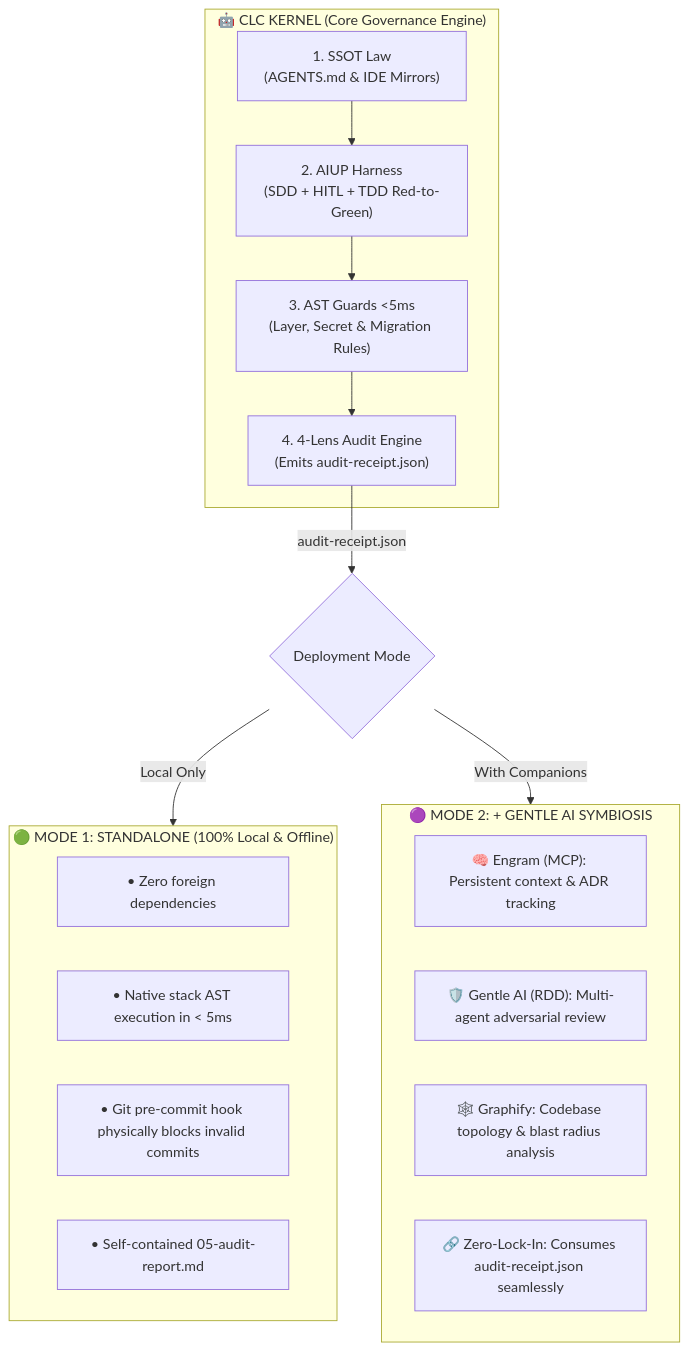
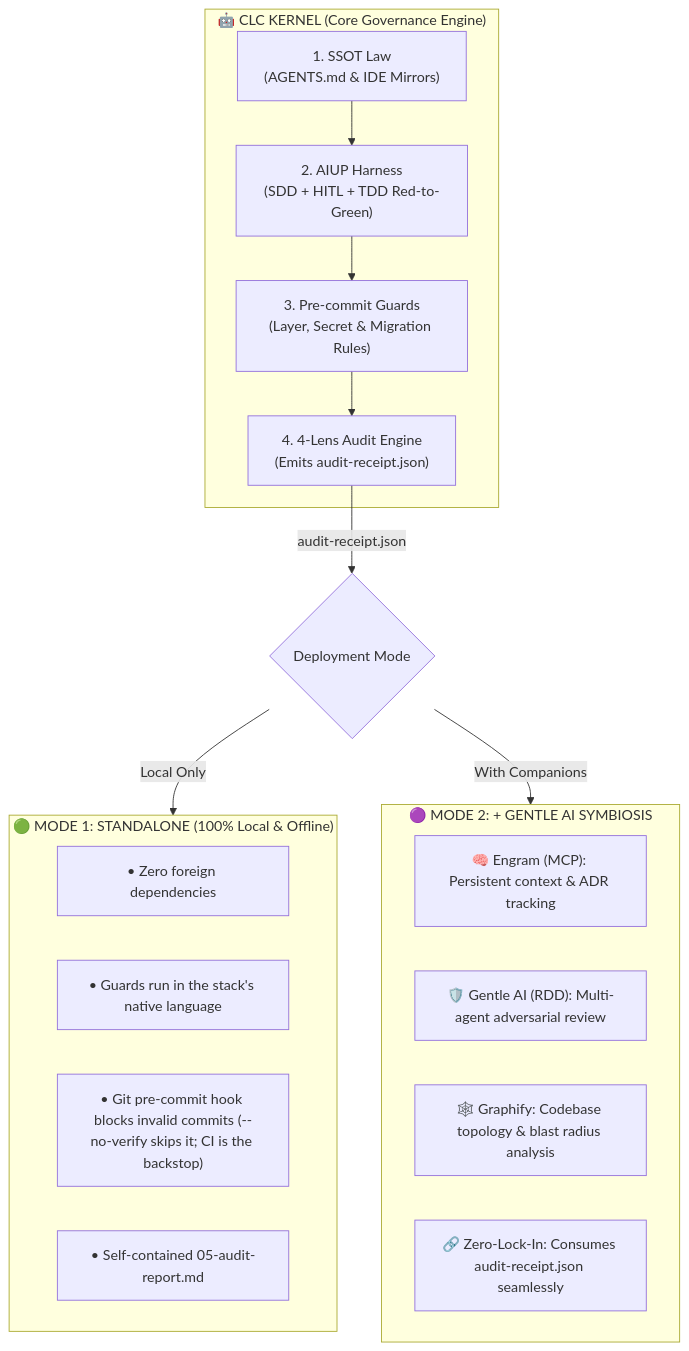
The diagram in README.md (CarlosLeonCode/clckernel), drawn with Mermaid before and after one commit. The commit also changed other lines of this file and 36 other files, not shown here.

````diff
--- a/README.md
+++ b/README.md
@@ -208,29 +208,29 @@
 ```mermaid
 flowchart TD
   subgraph CORE["🤖 CLC KERNEL (Core Governance Engine)"]
     SSOT["1. SSOT Law<br/>(AGENTS.md & IDE Mirrors)"]
     AIUP["2. AIUP Harness<br/>(SDD + HITL + TDD Red-to-Green)"]
-    AST["3. AST Guards &lt;5ms<br/>(Layer, Secret & Migration Rules)"]
+    GUARDS["3. Pre-commit Guards<br/>(Layer, Secret & Migration Rules)"]
     RECEIPT["4. 4-Lens Audit Engine<br/>(Emits audit-receipt.json)"]
-    SSOT --> AIUP --> AST --> RECEIPT
+    SSOT --> AIUP --> GUARDS --> RECEIPT
   end
 
   RECEIPT -->|audit-receipt.json| MODES{Deployment Mode}
 
   subgraph MODE1["🟢 MODE 1: STANDALONE (100% Local & Offline)"]
     M1_1["• Zero foreign dependencies"]
-    M1_2["• Native stack AST execution in &lt; 5ms"]
-    M1_3["• Git pre-commit hook physically blocks invalid commits"]
+    M1_2["• Guards run in the stack's native language"]
+    M1_3["• Git pre-commit hook blocks invalid commits (--no-verify skips it; CI is the backstop)"]
     M1_4["• Self-contained 05-audit-report.md"]
   end
 
   subgraph MODE2["🟣 MODE 2: + GENTLE AI SYMBIOSIS"]
     M2_1["🧠 Engram (MCP): Persistent context & ADR tracking"]
     M2_2["🛡️ Gentle AI (RDD): Multi-agent adversarial review"]
     M2_3["🕸️ Graphify: Codebase topology & blast radius analysis"]
     M2_4["🔗 Zero-Lock-In: Consumes audit-receipt.json seamlessly"]
   end
 
   MODES -->|Local Only| MODE1
   MODES -->|With Companions| MODE2
 ```
````
